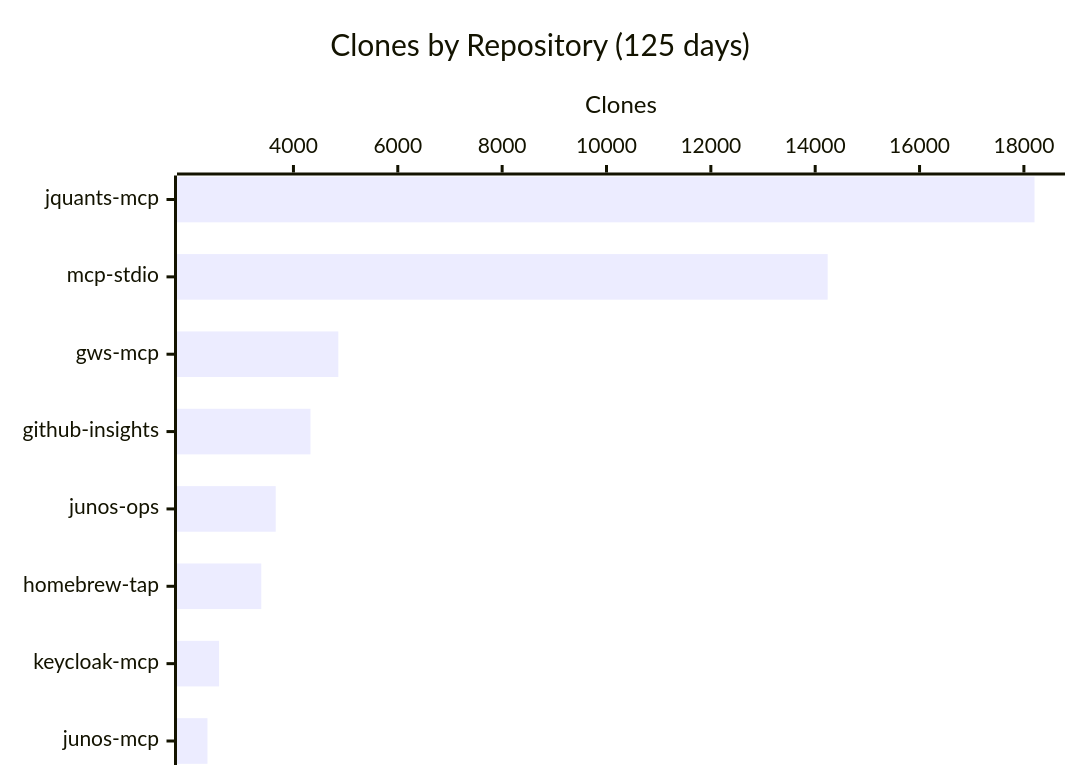
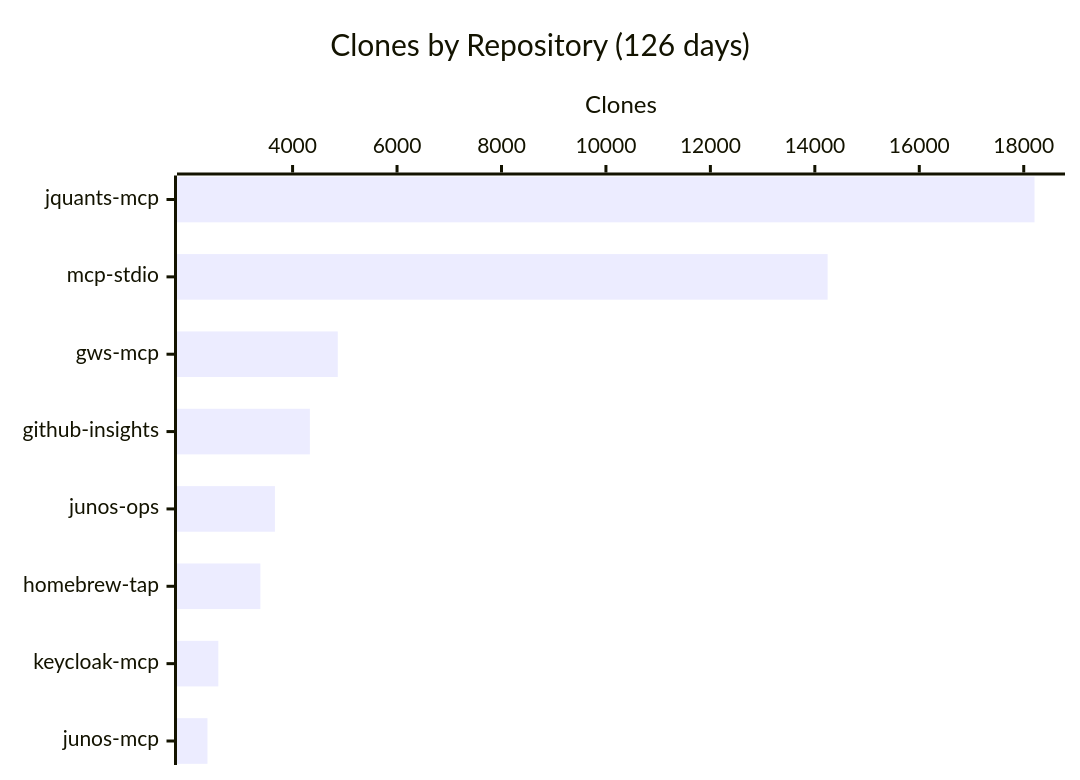
One commit to shigechika/github-insights changed the fourth of 4 diagrams in README.md. Above: the diagram before and after it, drawn with Mermaid. The commit also changed other lines of this file and 2 other files, not shown here.

````diff
--- a/README.md
+++ b/README.md
@@ -58,7 +58,7 @@
 ```mermaid
 xychart-beta horizontal
-    title "Clones by Repository (125 days)"
+    title "Clones by Repository (126 days)"
     x-axis ["jquants-mcp", "mcp-stdio", "gws-mcp", "github-insights", "junos-ops", "homebrew-tap", "keycloak-mcp", "junos-mcp"]
     y-axis "Clones"
-    bar [18204, 14239, 4860, 4326, 3660, 3383, 2575, 2352]
+    bar [18207, 14245, 4865, 4331, 3662, 3383, 2578, 2370]
 ```
````
